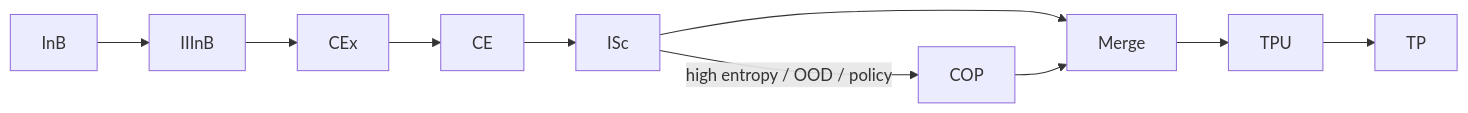
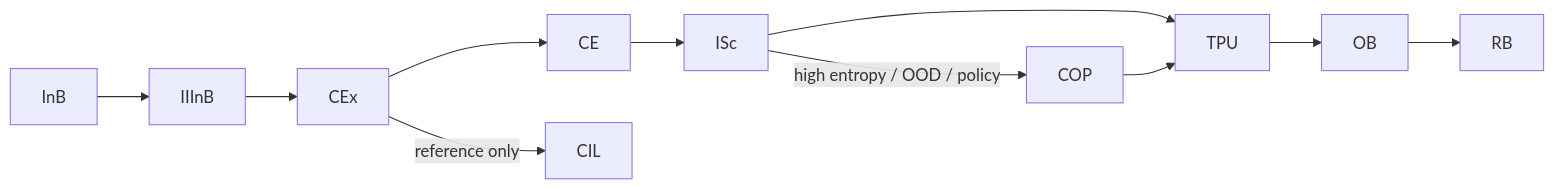
The diagram in thought_simulator/20_requirements/20.44_ts_isc_scoring.md (CuriousOne23/WhenMathPrays), drawn with Mermaid before and after one commit. The commit also changed other lines of this file, not shown here.

Commit message:
Update ISc path and definitions in scoring document

````diff
--- a/thought_simulator/20_requirements/20.44_ts_isc_scoring.md
+++ b/thought_simulator/20_requirements/20.44_ts_isc_scoring.md
@@ -275,13 +276,14 @@
 ```mermaid
 flowchart LR
     InB --> IIInB
     IIInB --> CEx
     CEx --> CE
     CE --> ISc
-    ISc --> Merge
-    Merge --> TPU
-    TPU --> TP
+    ISc --> TPU
+    TPU --> OB
+    OB --> RB
 
+    CEx -->|reference only| CIL
     ISc -->|high entropy / OOD / policy| COP
-    COP --> Merge
+    COP --> TPU
 ```
````
